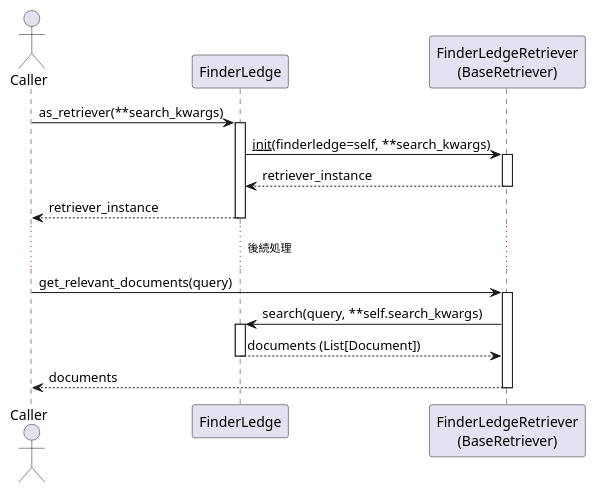
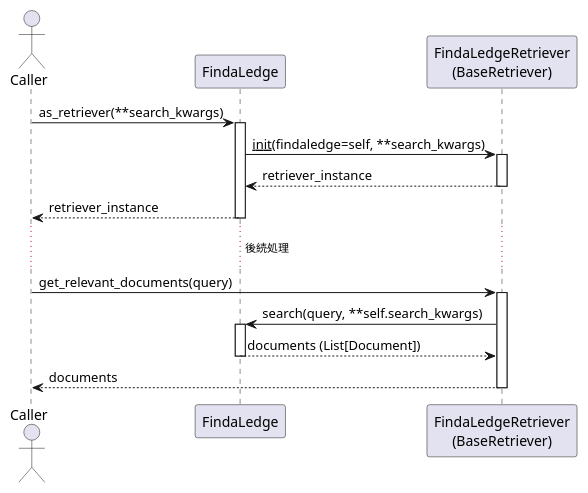
The sixth of 6 diagrams in docs/function_spec.md (kitfactory/findaledge), drawn with PlantUML before and after one commit. The commit also changed other lines of this file and 30 other files, not shown here.

Commit message:
Refactor: Rename project finderledge to findaledge

````diff
--- a/docs/function_spec.md
+++ b/docs/function_spec.md
@@ -311,27 +311,27 @@
 ```plantuml
 @startuml
 actor Caller
-participant "FinderLedge" as Ledge
-participant "FinderLedgeRetriever\n(BaseRetriever)" as Retriever
+participant "FindaLedge" as Ledge
+participant "FindaLedgeRetriever\n(BaseRetriever)" as Retriever
 
 Caller -> Ledge : as_retriever(**search_kwargs)
 activate Ledge
-Ledge -> Retriever : __init__(finderledge=self, **search_kwargs)
+Ledge -> Retriever : __init__(findaledge=self, **search_kwargs)
 activate Retriever
 Retriever --> Ledge : retriever_instance
 deactivate Retriever
 Ledge --> Caller : retriever_instance
 deactivate Ledge
 
 ... 後続処理 ...
 
 Caller -> Retriever : get_relevant_documents(query)
 activate Retriever
 Retriever -> Ledge : search(query, **self.search_kwargs)
 activate Ledge
 Ledge --> Retriever : documents (List[Document])
 deactivate Ledge
 Retriever --> Caller : documents
 deactivate Retriever
 @enduml
 ```
````
